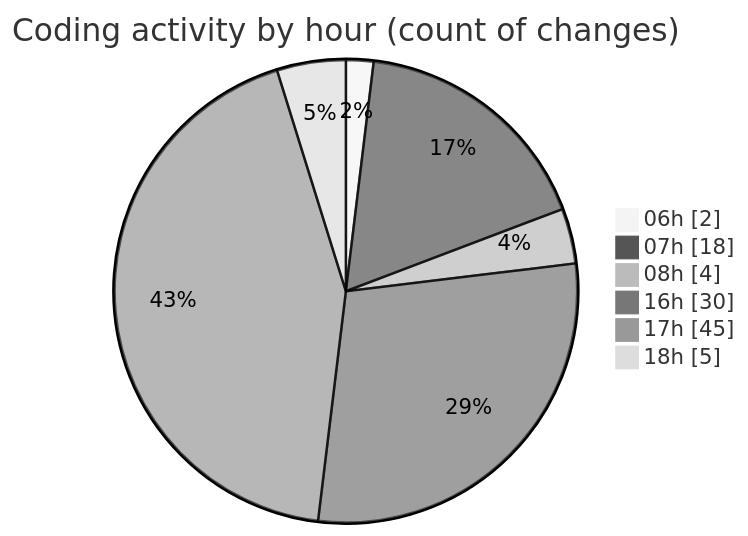
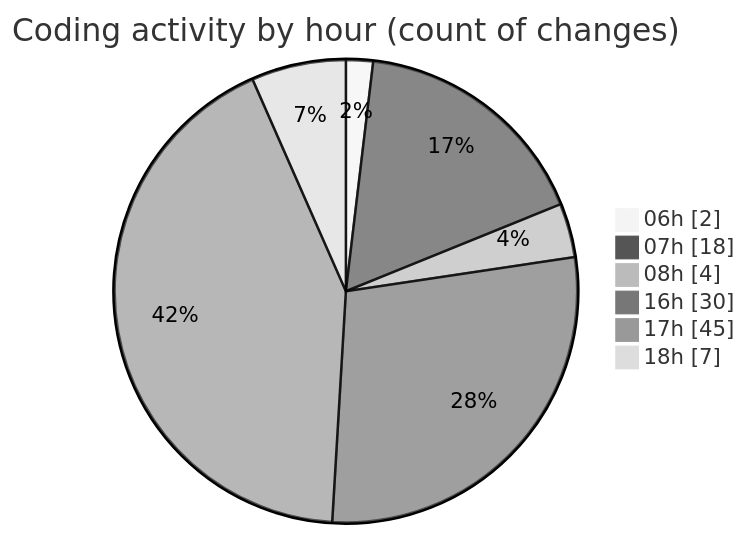
The second of 2 diagrams in 2025-01-27/termonied-web/README.md (robertbonfada/code-tracking), drawn with Mermaid (neutral theme) before and after one commit. The commit also changed other lines of this file and 1 other file, not shown here.

````diff
--- a/2025-01-27/termonied-web/README.md
+++ b/2025-01-27/termonied-web/README.md
@@ -43,10 +43,10 @@
 ```mermaid
 pie showData
 title Coding activity by hour (count of changes)
 "06h" : 2
 "07h" : 18
 "08h" : 4
 "16h" : 30
 "17h" : 45
-"18h" : 5
+"18h" : 7
 ```
````
